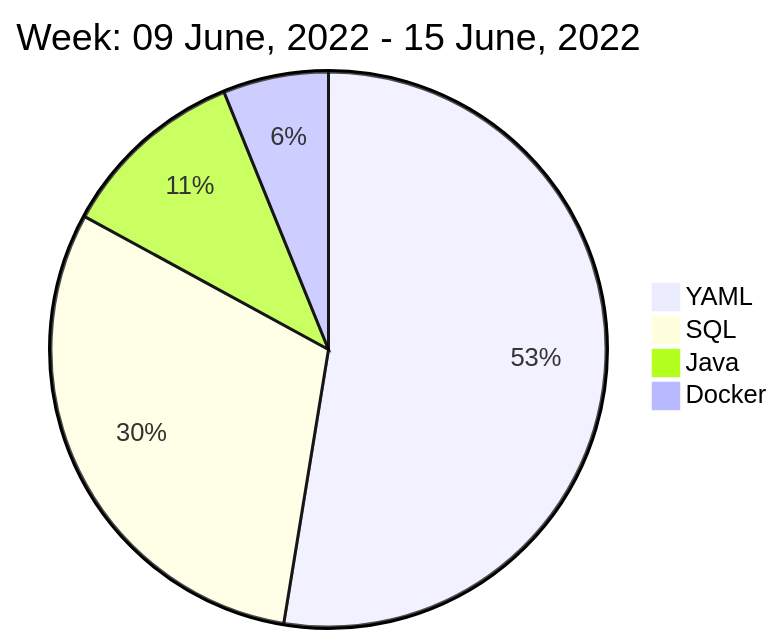
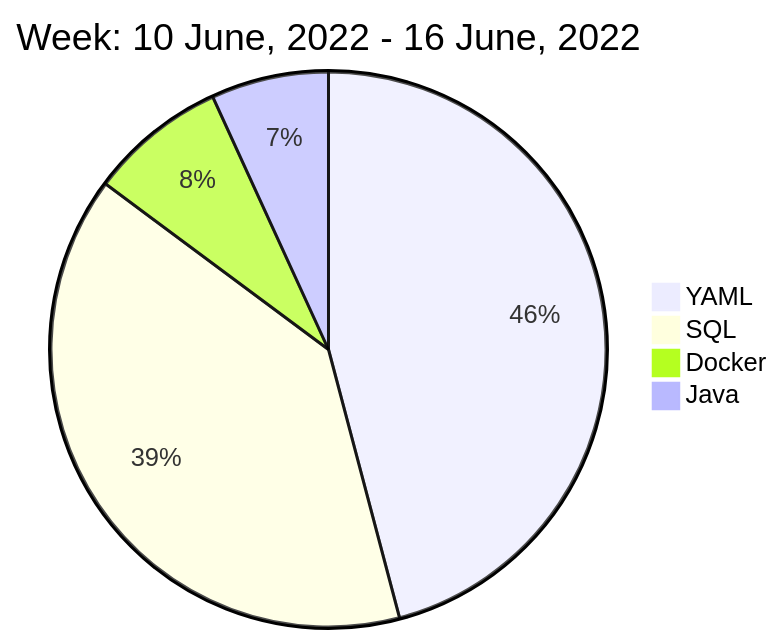
One commit to liubin95/liubin95 changed the diagram in README.md. Above: the diagram before and after it, drawn with Mermaid.

Commit message:
Updated the Graph with new Metrics

````diff
--- a/README.md
+++ b/README.md
@@ -40,8 +40,8 @@
 ```mermaid
  pie
-title Week: 09 June, 2022 - 15 June, 2022
- "YAML" : 8.57
- "SQL" : 4.95
- "Java" : 1.78
- "Docker" : 1.0
+title Week: 10 June, 2022 - 16 June, 2022
+ "YAML" : 5.57
+ "SQL" : 4.77
+ "Docker" : 0.97
+ "Java" : 0.83
 ```
````
